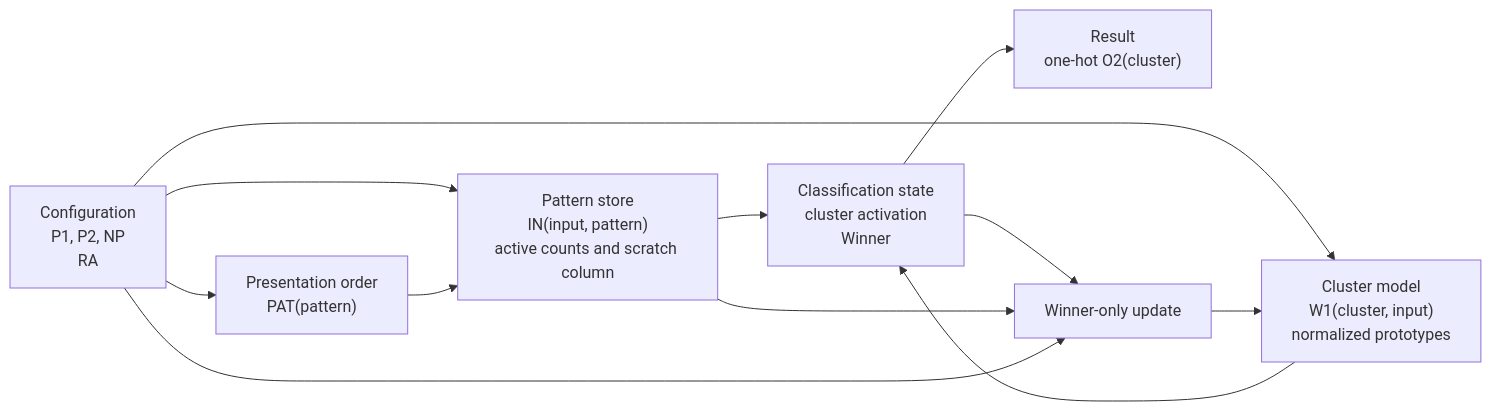
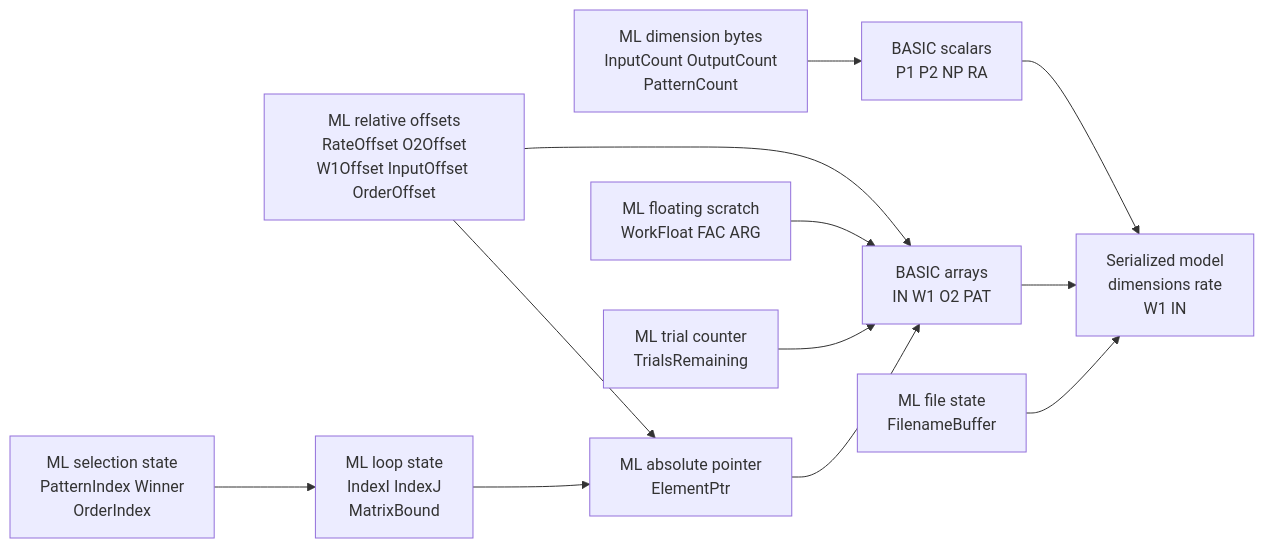
Before and after one commit to sharpninja/NeuralNetworks: the first of 44 diagrams in docs/Diagrams/CL-ML-Activity-Diagrams.md, drawn with Mermaid. The commit also changed other lines of this file and 10 other files, not shown here.

````diff
--- a/docs/Diagrams/CL-ML-Activity-Diagrams.md
+++ b/docs/Diagrams/CL-ML-Activity-Diagrams.md
@@ -34,14 +66,14 @@
 ```mermaid
 flowchart LR
-    CFG["Configuration<br/>P1, P2, NP<br/>RA"] --> IN["Pattern store<br/>IN(input, pattern)<br/>active counts and scratch column"]
-    CFG --> W1["Cluster model<br/>W1(cluster, input)<br/>normalized prototypes"]
-    CFG --> PAT["Presentation order<br/>PAT(pattern)"]
-    PAT --> IN
-    IN --> SEL["Classification state<br/>cluster activation<br/>Winner"]
-    W1 --> SEL
-    SEL --> O2["Result<br/>one-hot O2(cluster)"]
-    SEL --> UPD["Winner-only update"]
-    IN --> UPD
-    CFG --> UPD
-    UPD --> W1
+    DIMS["ML dimension bytes<br/>InputCount OutputCount<br/>PatternCount"] --> CFG["BASIC scalars<br/>P1 P2 NP RA"]
+    OFF["ML relative offsets<br/>RateOffset O2Offset<br/>W1Offset InputOffset OrderOffset"] --> ARR["BASIC arrays<br/>IN W1 O2 PAT"]
+    SEL["ML selection state<br/>PatternIndex Winner<br/>OrderIndex"] --> IDX["ML loop state<br/>IndexI IndexJ<br/>MatrixBound"]
+    IDX --> PTR["ML absolute pointer<br/>ElementPtr"]
+    OFF --> PTR
+    PTR --> ARR
+    SCR["ML floating scratch<br/>WorkFloat FAC ARG"] --> ARR
+    TRIAL["ML trial counter<br/>TrialsRemaining"] --> ARR
+    IO["ML file state<br/>FilenameBuffer"] --> SNAP["Serialized model<br/>dimensions rate<br/>W1 IN"]
+    ARR --> SNAP
+    CFG --> SNAP
 ```
````
